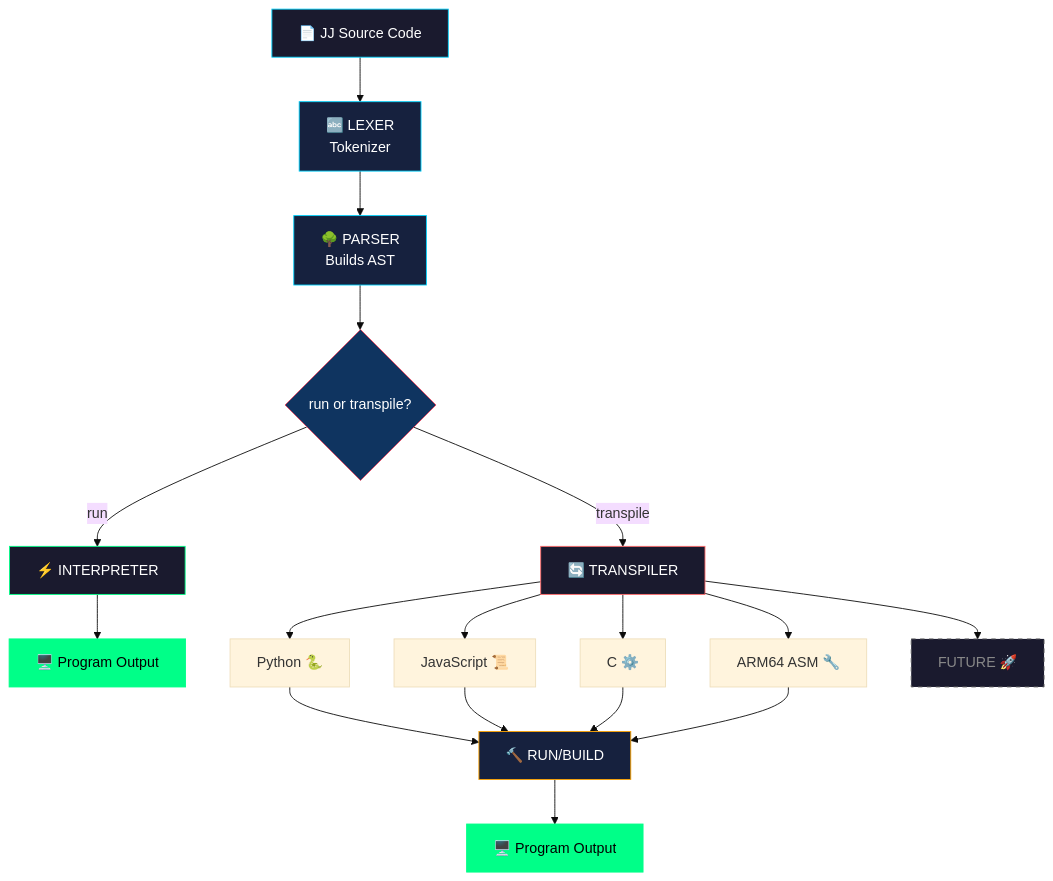
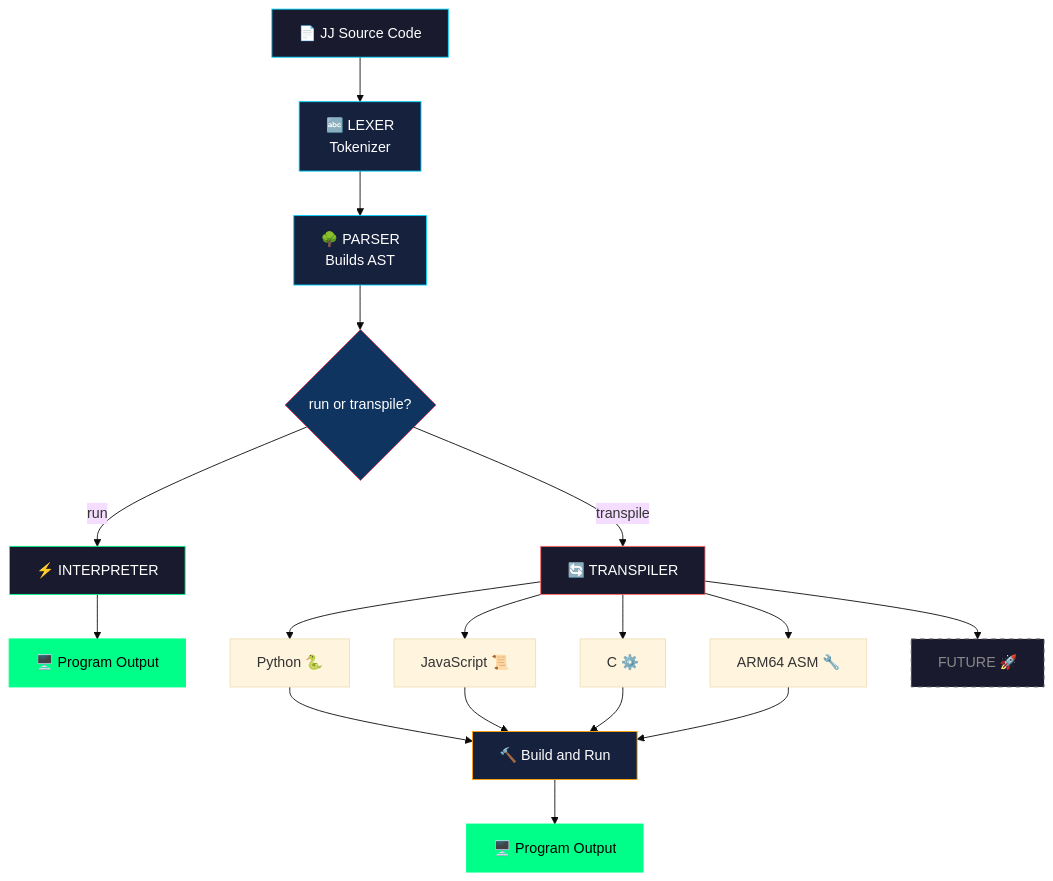
Before and after one commit to SuperBox64/JibberJabber: the diagram in README.md, drawn with Mermaid (base theme).

Commit message:
Change label to Build and Run

````diff
--- a/README.md
+++ b/README.md
@@ -350,34 +350,34 @@
 ```mermaid
 flowchart TD
     A[📄 JJ Source Code] --> B[🔤 LEXER<br>Tokenizer]
     B --> C[🌳 PARSER<br>Builds AST]
     C --> D{run or transpile?}
 
     D -->|run| E[⚡ INTERPRETER]
     E --> F[🖥️ Program Output]
 
     D -->|transpile| G[🔄 TRANSPILER]
     G --> H[Python 🐍]
     G --> I[JavaScript 📜]
     G --> J[C ⚙️]
     G --> K[ARM64 ASM 🔧]
     G --> L[FUTURE 🚀]
 
-    H --> M[🔨 RUN/BUILD]
+    H --> M[🔨 Build and Run]
     I --> M
     J --> M
     K --> M
     M --> N[🖥️ Program Output]
 
     style L fill:#1a1a2e,stroke:#666,color:#888,stroke-dasharray: 5 5
     style M fill:#16213e,stroke:#ffa500,color:#fff
     style N fill:#00ff88,stroke:#00ff88,color:#000
 
     style A fill:#1a1a2e,stroke:#00d4ff,color:#fff
     style B fill:#16213e,stroke:#00d4ff,color:#fff
     style C fill:#16213e,stroke:#00d4ff,color:#fff
     style D fill:#0f3460,stroke:#e94560,color:#fff
     style E fill:#1a1a2e,stroke:#00ff88,color:#fff
     style F fill:#00ff88,stroke:#00ff88,color:#000
     style G fill:#1a1a2e,stroke:#ff6b6b,color:#fff
 ```
````
